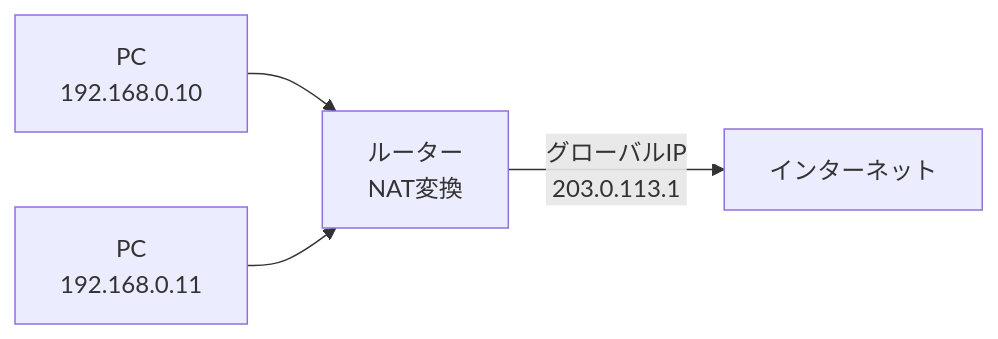
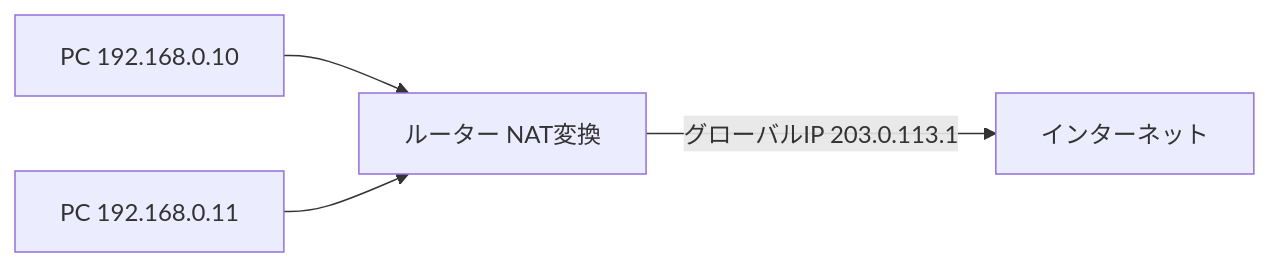
The seventh of 21 diagrams in training/basics.md (x86-unix/docs), drawn with Mermaid before and after one commit. The commit also changed other lines of this file, not shown here.

````diff
--- a/training/basics.md
+++ b/training/basics.md
@@ -881,6 +345,6 @@
 ```mermaid
 graph LR
-    PC1[PC<br/>192.168.0.10] --> Router[ルーター<br/>NAT変換]
-    PC2[PC<br/>192.168.0.11] --> Router
-    Router -->|グローバルIP<br/>203.0.113.1| Internet[インターネット]
+    PC1["PC 192.168.0.10"] --> Router["ルーター NAT変換"]
+    PC2["PC 192.168.0.11"] --> Router
+    Router -->|"グローバルIP 203.0.113.1"| Internet[インターネット]
 ```
````
